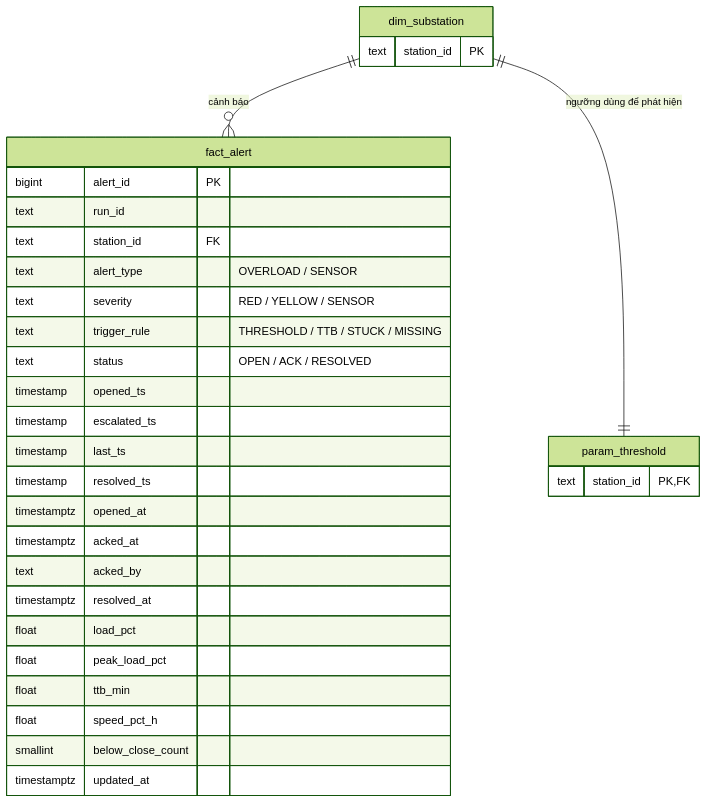
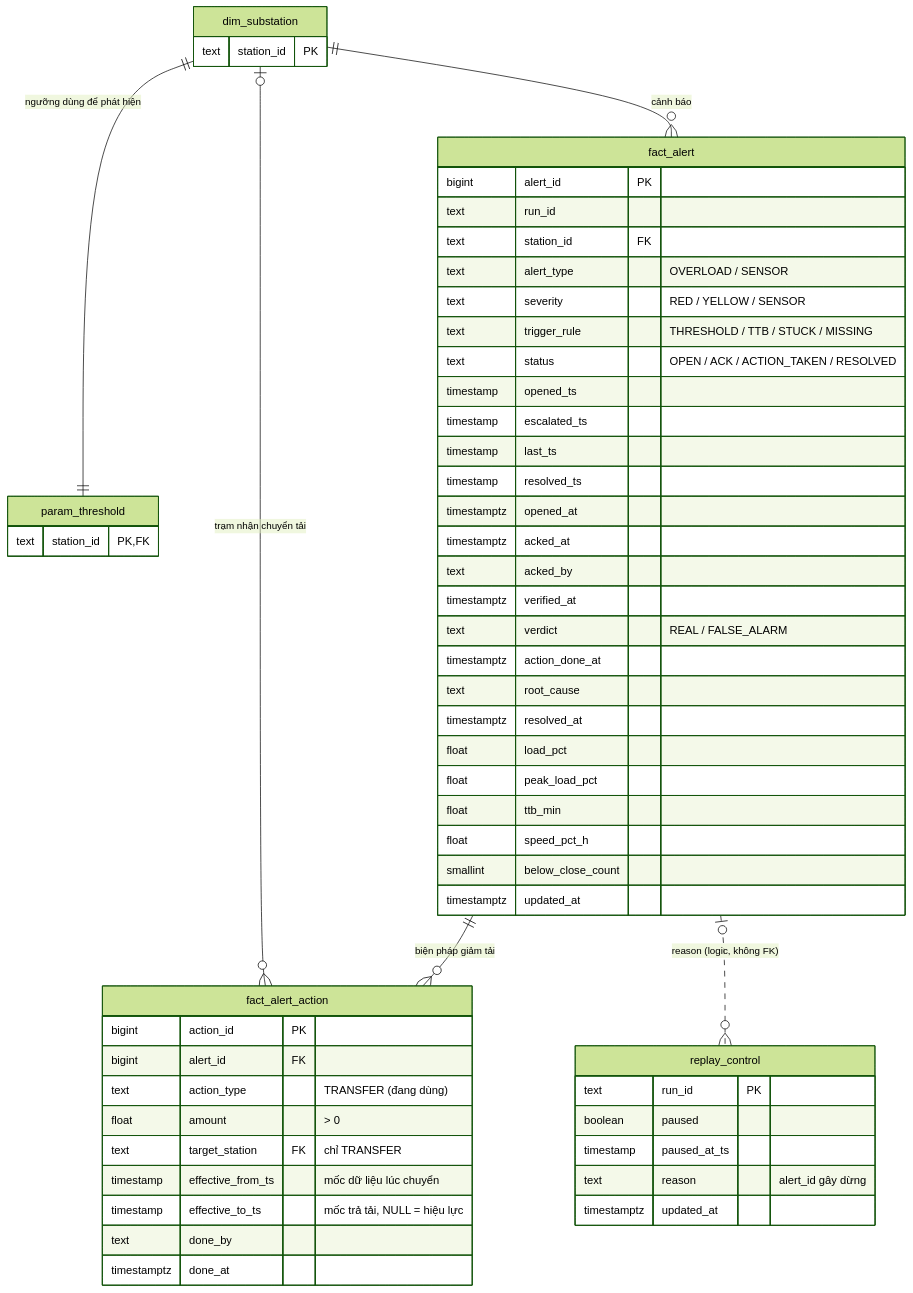
One commit to CkoThuw11/Energy-IoT-Obs-System changed the third of 5 diagrams in docs/erd.md. Above: the diagram before and after it, drawn with Mermaid (forest theme). The commit also changed other lines of this file and 27 other files, not shown here.

Commit message:
feat: Streamlit dashboard, Red Alert 3 bước, dừng phát lại khi Đỏ, mô phỏng chuyển tải

````diff
--- a/docs/erd.md
+++ b/docs/erd.md
@@ -138,35 +138,60 @@
 ```mermaid
 erDiagram
     dim_substation {
         text station_id PK
     }
     param_threshold {
         text station_id PK, FK
     }
     fact_alert {
         bigint alert_id PK
         text run_id
         text station_id FK
         text alert_type "OVERLOAD / SENSOR"
         text severity "RED / YELLOW / SENSOR"
         text trigger_rule "THRESHOLD / TTB / STUCK / MISSING"
-        text status "OPEN / ACK / RESOLVED"
+        text status "OPEN / ACK / ACTION_TAKEN / RESOLVED"
         timestamp opened_ts
         timestamp escalated_ts
         timestamp last_ts
         timestamp resolved_ts
         timestamptz opened_at
         timestamptz acked_at
         text acked_by
+        timestamptz verified_at
+        text verdict "REAL / FALSE_ALARM"
+        timestamptz action_done_at
+        text root_cause
         timestamptz resolved_at
         float load_pct
         float peak_load_pct
         float ttb_min
         float speed_pct_h
         smallint below_close_count
         timestamptz updated_at
     }
+    fact_alert_action {
+        bigint action_id PK
+        bigint alert_id FK
+        text action_type "TRANSFER (đang dùng)"
+        float amount "> 0"
+        text target_station FK "chỉ TRANSFER"
+        timestamp effective_from_ts "mốc dữ liệu lúc chuyển"
+        timestamp effective_to_ts "mốc trả tải, NULL = hiệu lực"
+        text done_by
+        timestamptz done_at
+    }
+    replay_control {
+        text run_id PK
+        boolean paused
+        timestamp paused_at_ts
+        text reason "alert_id gây dừng"
+        timestamptz updated_at
+    }
 
     dim_substation ||--o{ fact_alert : "cảnh báo"
     dim_substation ||--|| param_threshold : "ngưỡng dùng để phát hiện"
+    fact_alert ||--o{ fact_alert_action : "biện pháp giảm tải"
+    dim_substation |o--o{ fact_alert_action : "trạm nhận chuyển tải"
+    fact_alert |o..o{ replay_control : "reason (logic, không FK)"
 ```
````
